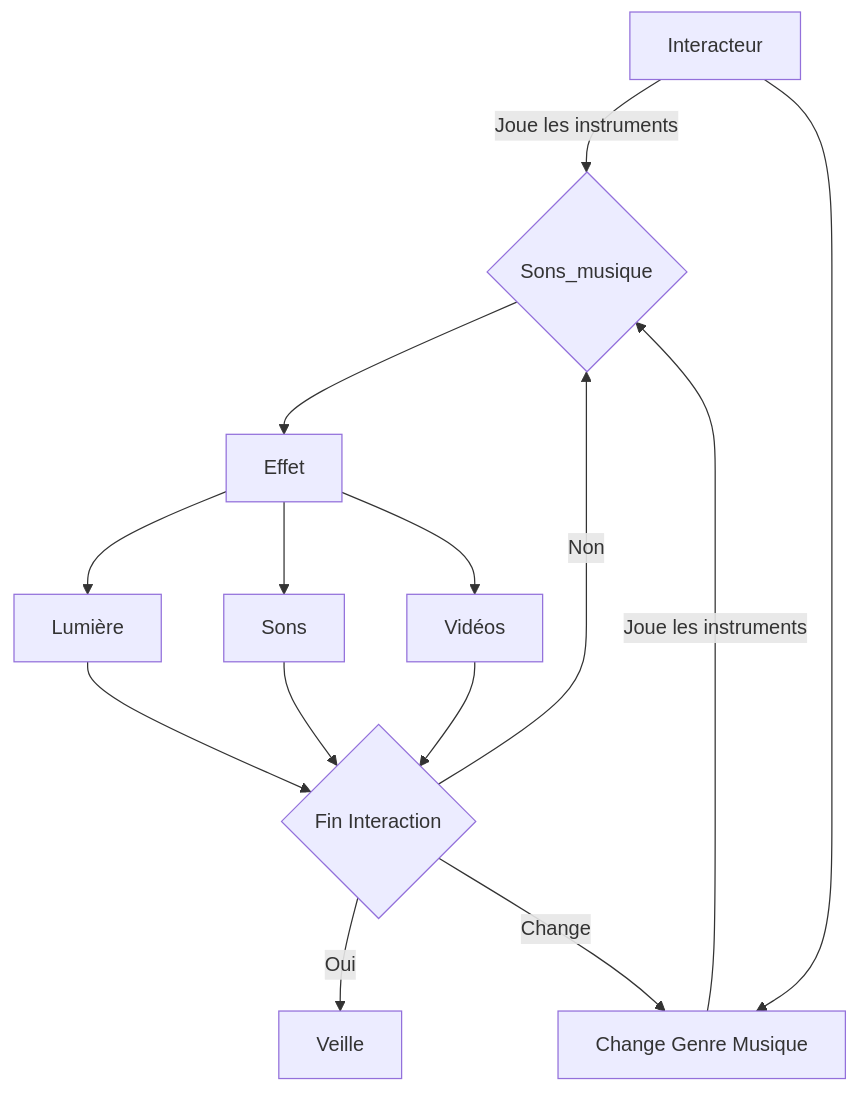
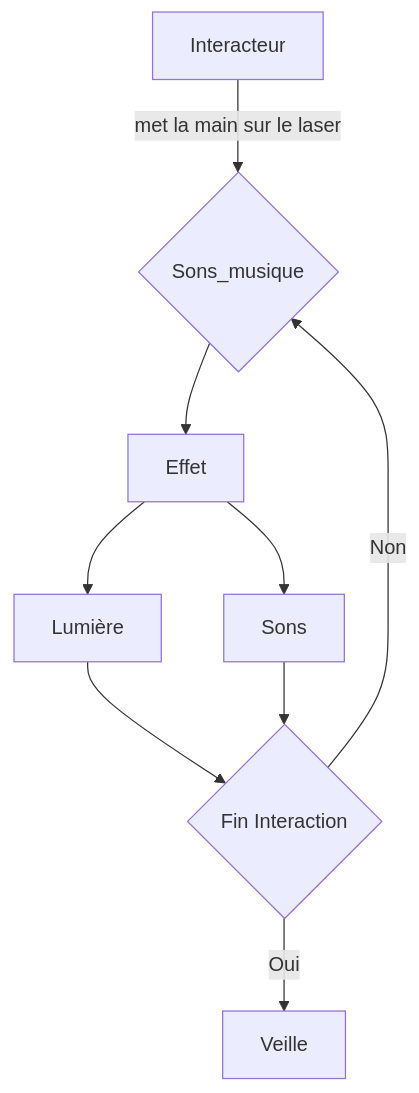
Before and after one commit to tc-yavuz/presentation-2: the first of 2 diagrams in README.md, drawn with Mermaid. The commit also changed other lines of this file, not shown here.

`````diff
--- a/README.md
+++ b/README.md
@@ -15,16 +12,11 @@
 ````mermaid
 flowchart TD
-    A[Interacteur] -->|Joue les instruments| B{Sons_musique}
+    A[Interacteur] -->|met la main sur le laser| B{Sons_musique}
     B --> C[Effet]
     C --> D[Lumière]
     C --> E[Sons]
-    C --> F[Vidéos]
-    A --> G[Change Genre Musique]
-    G --> |Joue les instruments|B
     D --> H{Fin Interaction}
     E --> H
-    F --> H
     H --> |Oui|I[Veille]
     H --> |Non|B
-    H --> |Change|G
 ````
`````
